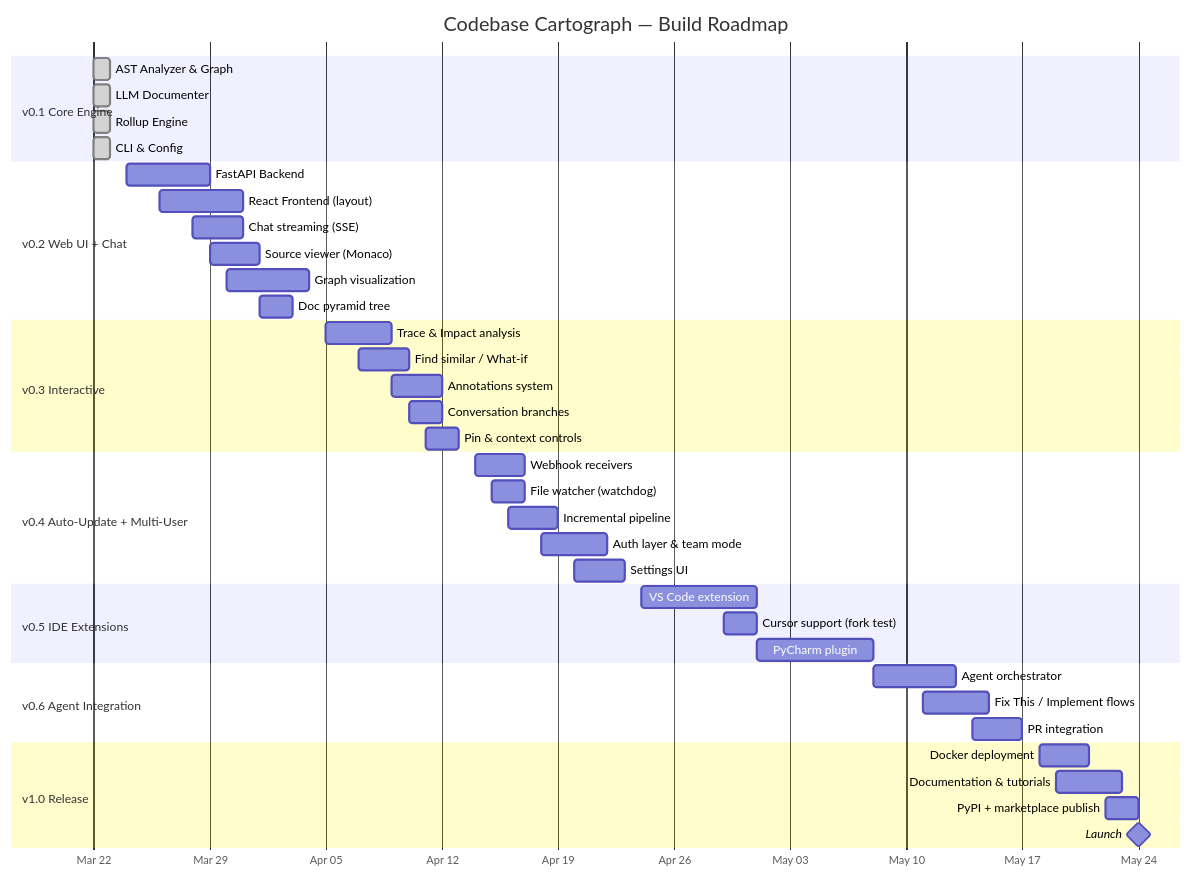
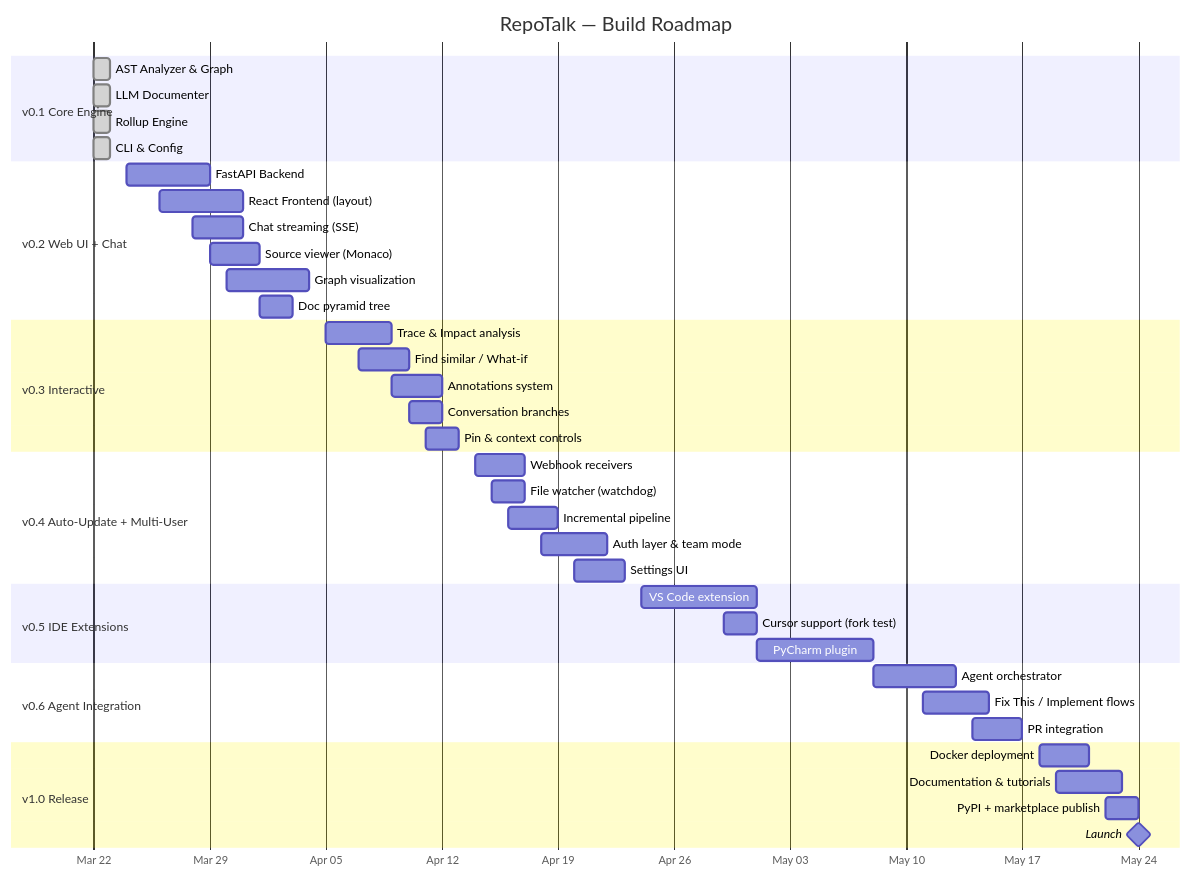
The tenth of 10 diagrams in docs/PRD.md (tornadoslims/repotalk), drawn with Mermaid before and after one commit. The commit also changed other lines of this file and 18 other files, not shown here.

First line of the commit message:
rebrand: rename to RepoTalk (repotalk.ai)

````diff
--- a/docs/PRD.md
+++ b/docs/PRD.md
@@ -1078,50 +1078,50 @@
 ```mermaid
 gantt
-    title Codebase Cartograph — Build Roadmap
+    title RepoTalk — Build Roadmap
     dateFormat YYYY-MM-DD
     axisFormat %b %d
 
     section v0.1 Core Engine
     AST Analyzer & Graph          :done, v01a, 2026-03-22, 1d
     LLM Documenter               :done, v01b, 2026-03-22, 1d
     Rollup Engine                 :done, v01c, 2026-03-22, 1d
     CLI & Config                  :done, v01d, 2026-03-22, 1d
 
     section v0.2 Web UI + Chat
     FastAPI Backend               :v02a, 2026-03-24, 5d
     React Frontend (layout)       :v02b, 2026-03-26, 5d
     Chat streaming (SSE)          :v02c, 2026-03-28, 3d
     Source viewer (Monaco)        :v02d, 2026-03-29, 3d
     Graph visualization           :v02e, 2026-03-30, 5d
     Doc pyramid tree              :v02f, 2026-04-01, 2d
 
     section v0.3 Interactive
     Trace & Impact analysis       :v03a, 2026-04-05, 4d
     Find similar / What-if        :v03b, 2026-04-07, 3d
     Annotations system            :v03c, 2026-04-09, 3d
     Conversation branches         :v03d, 2026-04-10, 2d
     Pin & context controls        :v03e, 2026-04-11, 2d
 
     section v0.4 Auto-Update + Multi-User
     Webhook receivers             :v04a, 2026-04-14, 3d
     File watcher (watchdog)       :v04b, 2026-04-15, 2d
     Incremental pipeline          :v04c, 2026-04-16, 3d
     Auth layer & team mode        :v04d, 2026-04-18, 4d
     Settings UI                   :v04e, 2026-04-20, 3d
 
     section v0.5 IDE Extensions
     VS Code extension             :v05a, 2026-04-24, 7d
     Cursor support (fork test)    :v05b, 2026-04-29, 2d
     PyCharm plugin                :v05c, 2026-05-01, 7d
 
     section v0.6 Agent Integration
     Agent orchestrator            :v06a, 2026-05-08, 5d
     Fix This / Implement flows    :v06b, 2026-05-11, 4d
     PR integration                :v06c, 2026-05-14, 3d
 
     section v1.0 Release
     Docker deployment             :v10a, 2026-05-18, 3d
     Documentation & tutorials     :v10b, 2026-05-19, 4d
     PyPI + marketplace publish    :v10c, 2026-05-22, 2d
     Launch                        :milestone, v10d, 2026-05-24, 0d
 ```
````
